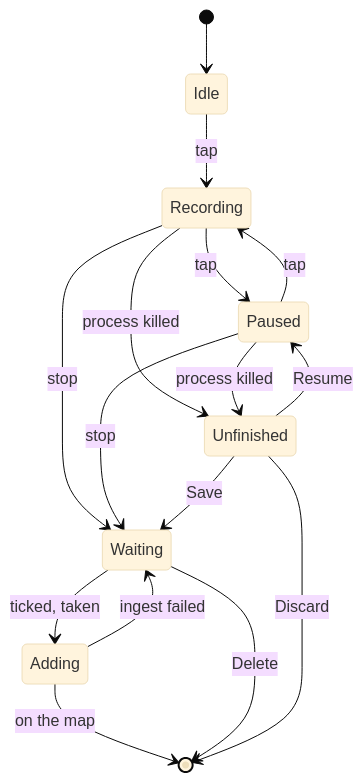
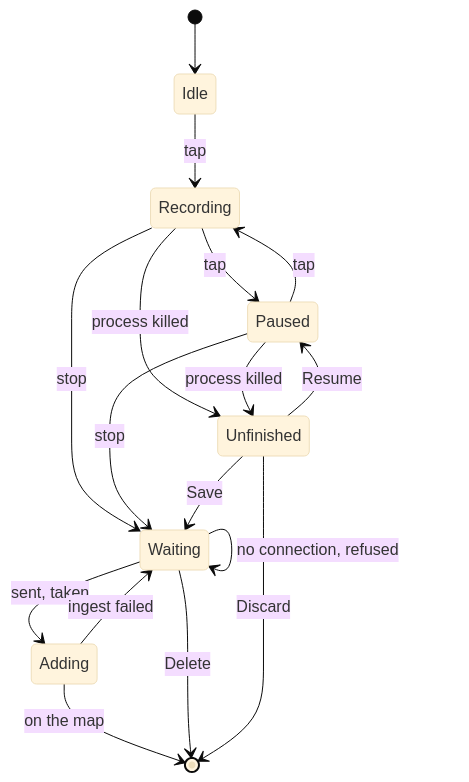
Before and after one commit to HoldMyTrack/platform: the second of 2 diagrams in apps/android/docs/SPEC.md, drawn with Mermaid (base theme). The commit also changed other lines of this file and 50 other files, not shown here.

````diff
--- a/apps/android/docs/SPEC.md
+++ b/apps/android/docs/SPEC.md
@@ -316,18 +316,19 @@
 ```mermaid
 stateDiagram-v2
     [*] --> Idle
     Idle --> Recording: tap
     Recording --> Paused: tap
     Paused --> Recording: tap
     Recording --> Waiting: stop
     Paused --> Waiting: stop
     Recording --> Unfinished: process killed
     Paused --> Unfinished: process killed
     Unfinished --> Paused: Resume
     Unfinished --> Waiting: Save
-    Waiting --> Adding: ticked, taken
+    Waiting --> Adding: sent, taken
+    Waiting --> Waiting: no connection, refused
     Adding --> Waiting: ingest failed
     Adding --> [*]: on the map
     Waiting --> [*]: Delete
     Unfinished --> [*]: Discard
 ```
````
